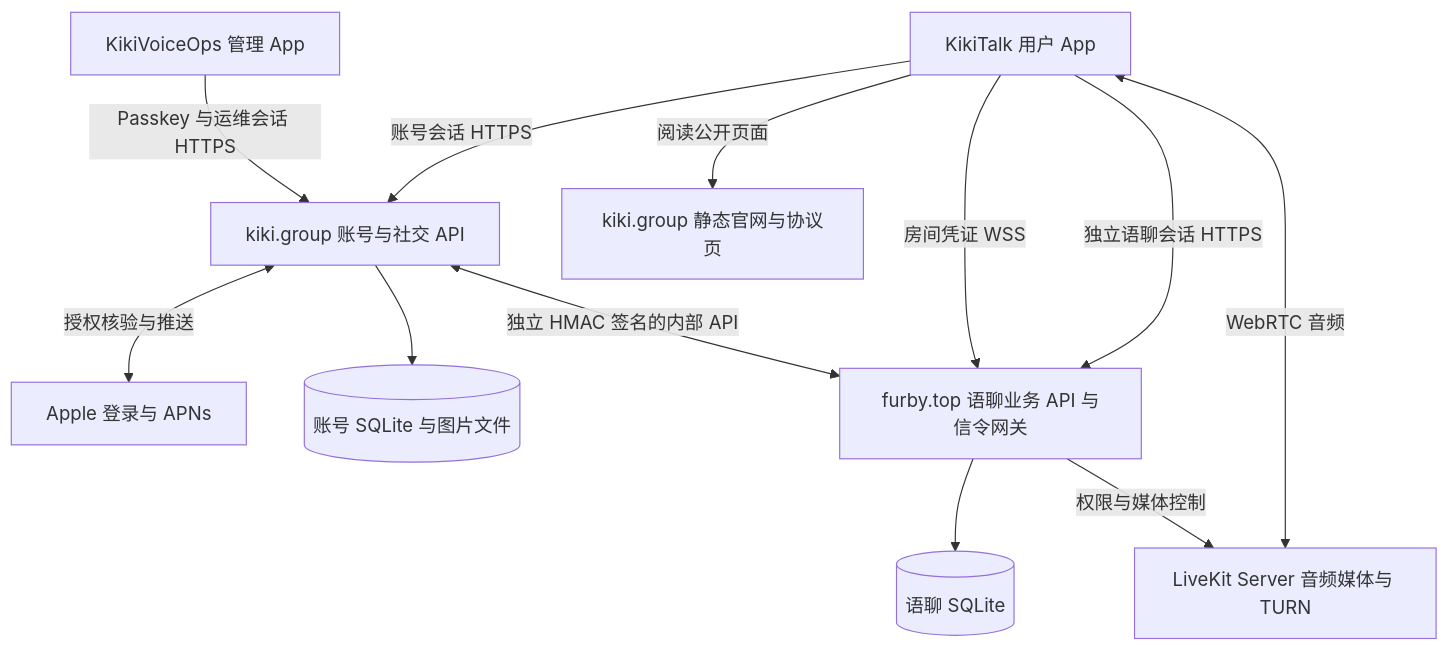
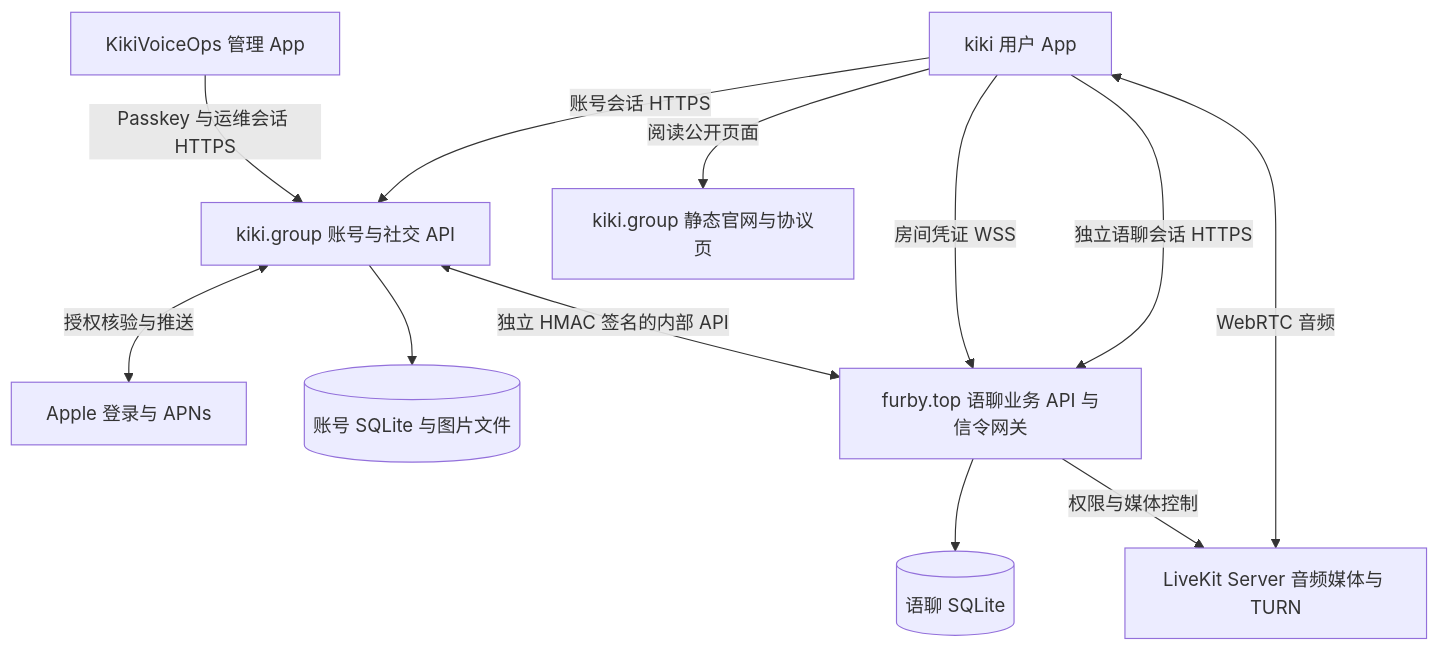
The diagram in docs/PROJECT_HANDOVER.zh-CN.md (blueautume/kikivoice), drawn with Mermaid before and after one commit. The commit also changed other lines of this file and 164 other files, not shown here.

First line of the commit message:
chore: sync latest KikiTalk app and services

````diff
--- a/docs/PROJECT_HANDOVER.zh-CN.md
+++ b/docs/PROJECT_HANDOVER.zh-CN.md
@@ -30,23 +30,23 @@
 ```mermaid
 flowchart TB
-    User["KikiTalk 用户 App"]
+    User["kiki 用户 App"]
     Ops["KikiVoiceOps 管理 App"]
     Apple["Apple 登录与 APNs"]
     Account["kiki.group 账号与社交 API"]
     AccountDB[("账号 SQLite 与图片文件")]
     Voice["furby.top 语聊业务 API 与信令网关"]
     VoiceDB[("语聊 SQLite")]
     Media["LiveKit Server 音频媒体与 TURN"]
     Web["kiki.group 静态官网与协议页"]
     User -->|"账号会话 HTTPS"| Account
     User -->|"独立语聊会话 HTTPS"| Voice
     User -->|"房间凭证 WSS"| Voice
     User <-->|"WebRTC 音频"| Media
     Ops -->|"Passkey 与运维会话 HTTPS"| Account
     Account <-->|"独立 HMAC 签名的内部 API"| Voice
     Account --> AccountDB
     Voice --> VoiceDB
     Voice -->|"权限与媒体控制"| Media
     Account <-->|"授权核验与推送"| Apple
     User -->|"阅读公开页面"| Web
 ```
````
